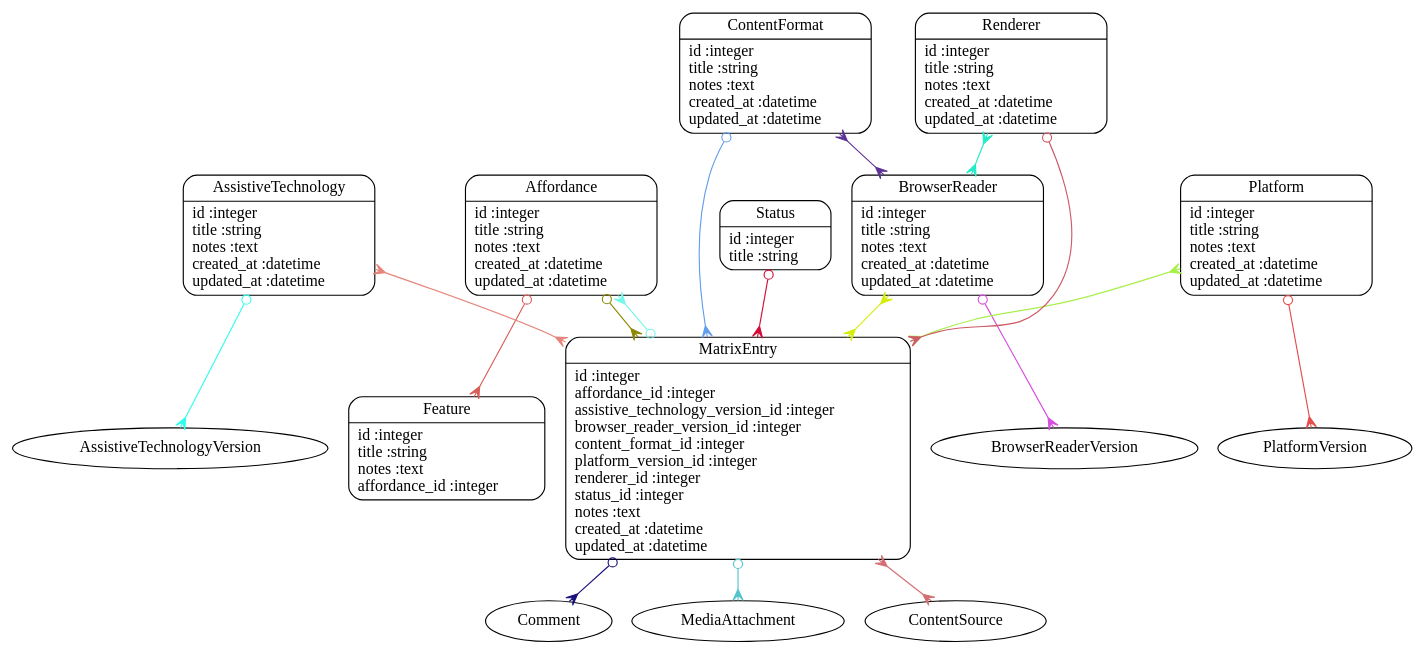
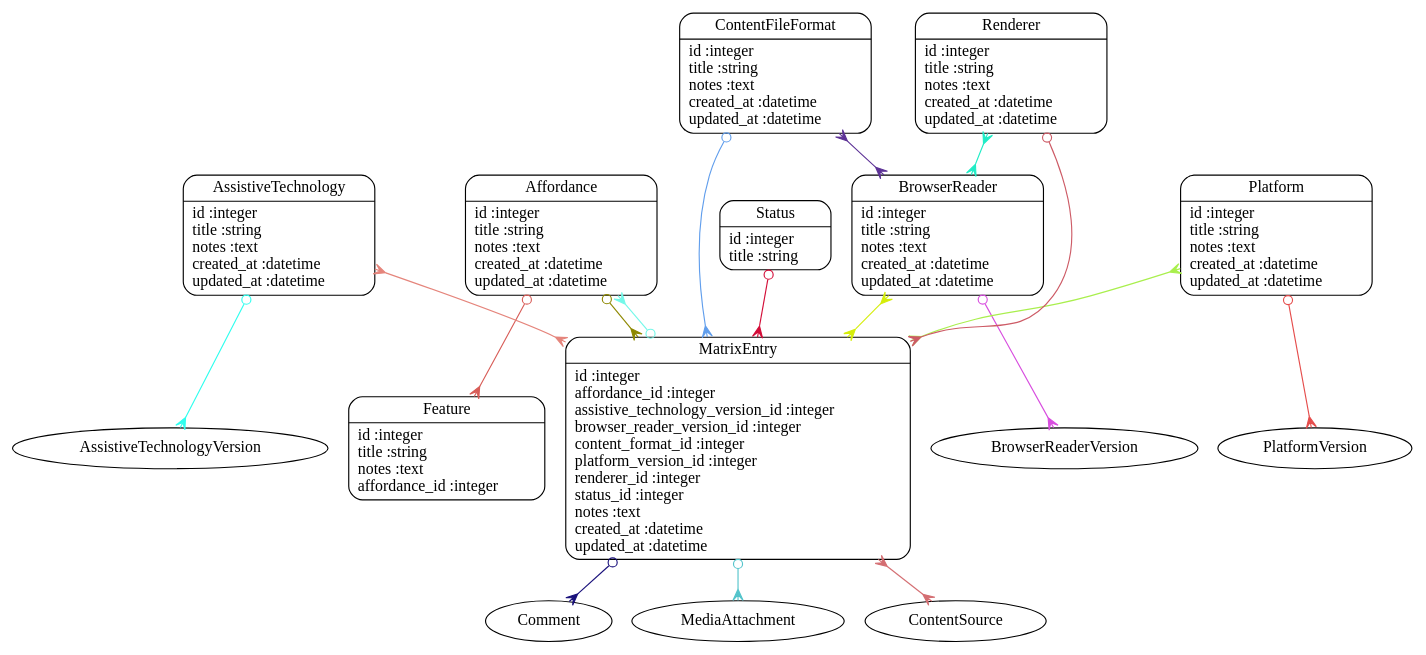
Before and after one commit to benetech/math-support-finder: the diagram in models.dot, drawn with Graphviz. The commit also changed 199 other files, not shown here.

```diff
--- a/models.dot
+++ b/models.dot
@@ -1,29 +1,29 @@
 digraph models_diagram {
 	graph[overlap=false, splines=true]
 	"Affordance" [shape=Mrecord, label="{Affordance|id :integer\ltitle :string\lnotes :text\lcreated_at :datetime\lupdated_at :datetime\l}"]
 	"AssistiveTechnology" [shape=Mrecord, label="{AssistiveTechnology|id :integer\ltitle :string\lnotes :text\lcreated_at :datetime\lupdated_at :datetime\l}"]
 	"BrowserReader" [shape=Mrecord, label="{BrowserReader|id :integer\ltitle :string\lnotes :text\lcreated_at :datetime\lupdated_at :datetime\l}"]
-	"ContentFormat" [shape=Mrecord, label="{ContentFormat|id :integer\ltitle :string\lnotes :text\lcreated_at :datetime\lupdated_at :datetime\l}"]
+	"ContentFileFormat" [shape=Mrecord, label="{ContentFileFormat|id :integer\ltitle :string\lnotes :text\lcreated_at :datetime\lupdated_at :datetime\l}"]
 	"Feature" [shape=Mrecord, label="{Feature|id :integer\ltitle :string\lnotes :text\laffordance_id :integer\l}"]
 	"MatrixEntry" [shape=Mrecord, label="{MatrixEntry|id :integer\laffordance_id :integer\lassistive_technology_version_id :integer\lbrowser_reader_version_id :integer\lcontent_format_id :integer\lplatform_version_id :integer\lrenderer_id :integer\lstatus_id :integer\lnotes :text\lcreated_at :datetime\lupdated_at :datetime\l}"]
 	"Platform" [shape=Mrecord, label="{Platform|id :integer\ltitle :string\lnotes :text\lcreated_at :datetime\lupdated_at :datetime\l}"]
 	"Renderer" [shape=Mrecord, label="{Renderer|id :integer\ltitle :string\lnotes :text\lcreated_at :datetime\lupdated_at :datetime\l}"]
 	"Status" [shape=Mrecord, label="{Status|id :integer\ltitle :string\l}"]
 	"Affordance" -> "Feature" [arrowtail=odot, arrowhead=crow, dir=both color="#D85D58"]
 	"Affordance" -> "MatrixEntry" [arrowtail=odot, arrowhead=crow, dir=both color="#8E8800"]
 	"AssistiveTechnology" -> "AssistiveTechnologyVersion" [arrowtail=odot, arrowhead=crow, dir=both color="#2FFEEE"]
 	"AssistiveTechnology" -> "MatrixEntry" [arrowtail=crow, arrowhead=crow, dir=both color="#E5857C"]
 	"BrowserReader" -> "BrowserReaderVersion" [arrowtail=odot, arrowhead=crow, dir=both color="#D84EDF"]
 	"BrowserReader" -> "MatrixEntry" [arrowtail=crow, arrowhead=crow, dir=both color="#D5ED0A"]
-	"ContentFormat" -> "MatrixEntry" [arrowtail=odot, arrowhead=crow, dir=both color="#619EEC"]
-	"ContentFormat" -> "BrowserReader" [arrowtail=crow, arrowhead=crow, dir=both color="#5D3296"]
+	"ContentFileFormat" -> "MatrixEntry" [arrowtail=odot, arrowhead=crow, dir=both color="#619EEC"]
+	"ContentFileFormat" -> "BrowserReader" [arrowtail=crow, arrowhead=crow, dir=both color="#5D3296"]
 	"MatrixEntry" -> "Affordance" [arrowtail=odot, arrowhead=crow, dir=both color="#74F8E9"]
 	"MatrixEntry" -> "Comment" [arrowtail=odot, arrowhead=crow, dir=both color="#19107B"]
 	"MatrixEntry" -> "MediaAttachment" [arrowtail=odot, arrowhead=crow, dir=both color="#54C4CB"]
 	"MatrixEntry" -> "ContentSource" [arrowtail=crow, arrowhead=crow, dir=both color="#D46E72"]
 	"Platform" -> "PlatformVersion" [arrowtail=odot, arrowhead=crow, dir=both color="#E54D4C"]
 	"Platform" -> "MatrixEntry" [arrowtail=crow, arrowhead=crow, dir=both color="#A9EF4D"]
 	"Renderer" -> "MatrixEntry" [arrowtail=odot, arrowhead=crow, dir=both color="#CD5B66"]
 	"Renderer" -> "BrowserReader" [arrowtail=crow, arrowhead=crow, dir=both color="#21ECC6"]
 	"Status" -> "MatrixEntry" [arrowtail=odot, arrowhead=crow, dir=both color="#D30D38"]
 }
```
